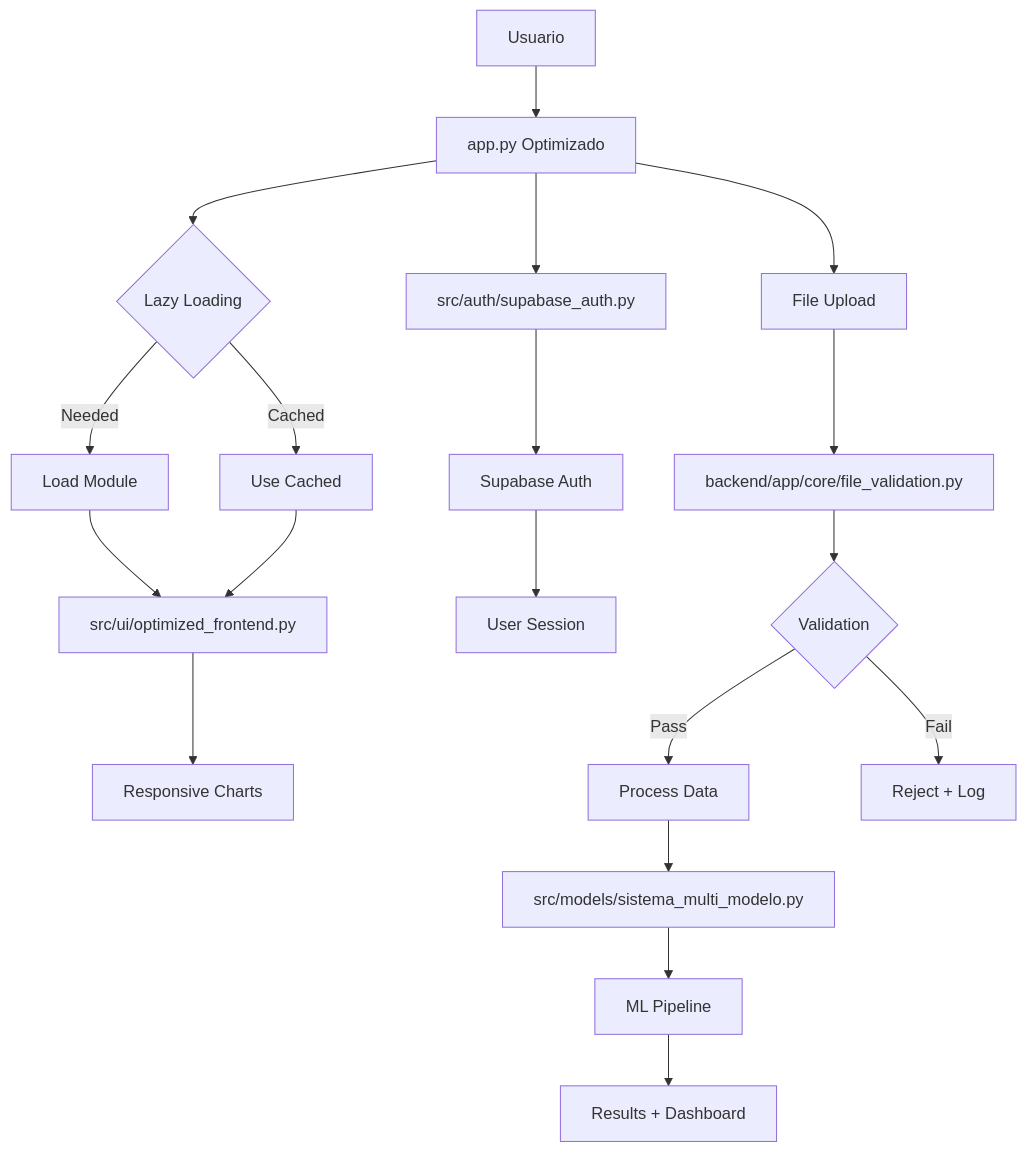
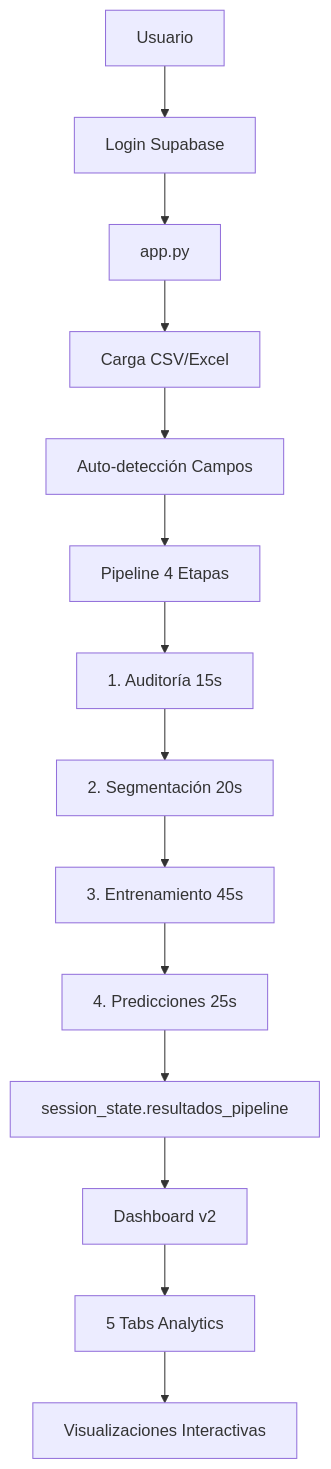
Before and after one commit to edgargomero/ceapsi-analytics: the diagram in PROJECT_STRUCTURE.md, drawn with Mermaid. The commit also changed other lines of this file and 9 other files, not shown here.

````diff
--- a/PROJECT_STRUCTURE.md
+++ b/PROJECT_STRUCTURE.md
@@ -165,25 +155,19 @@
 ```mermaid
 graph TD
-    A[Usuario] --> B[app.py Optimizado]
-    B --> C{Lazy Loading}
-    C -->|Needed| D[Load Module]
-    C -->|Cached| E[Use Cached]
+    A[Usuario] --> B[Login Supabase]
+    B --> C[app.py]
+    C --> D[Carga CSV/Excel]
+    D --> E[Auto-detección Campos]
+    E --> F[Pipeline 4 Etapas]
     
-    D --> F[src/ui/optimized_frontend.py]
-    E --> F
-    F --> G[Responsive Charts]
+    F --> G[1. Auditoría 15s]
+    G --> H[2. Segmentación 20s]
+    H --> I[3. Entrenamiento 45s]
+    I --> J[4. Predicciones 25s]
     
-    B --> H[src/auth/supabase_auth.py]
-    H --> I[Supabase Auth]
-    I --> J[User Session]
+    J --> K[session_state.resultados_pipeline]
+    K --> L[Dashboard v2]
     
-    B --> K[File Upload]
-    K --> L[backend/app/core/file_validation.py]
-    L --> M{Validation}
-    M -->|Pass| N[Process Data]
-    M -->|Fail| O[Reject + Log]
-    
-    N --> P[src/models/sistema_multi_modelo.py]
-    P --> Q[ML Pipeline]
-    Q --> R[Results + Dashboard]
+    L --> M[5 Tabs Analytics]
+    M --> N[Visualizaciones Interactivas]
 ```
````
